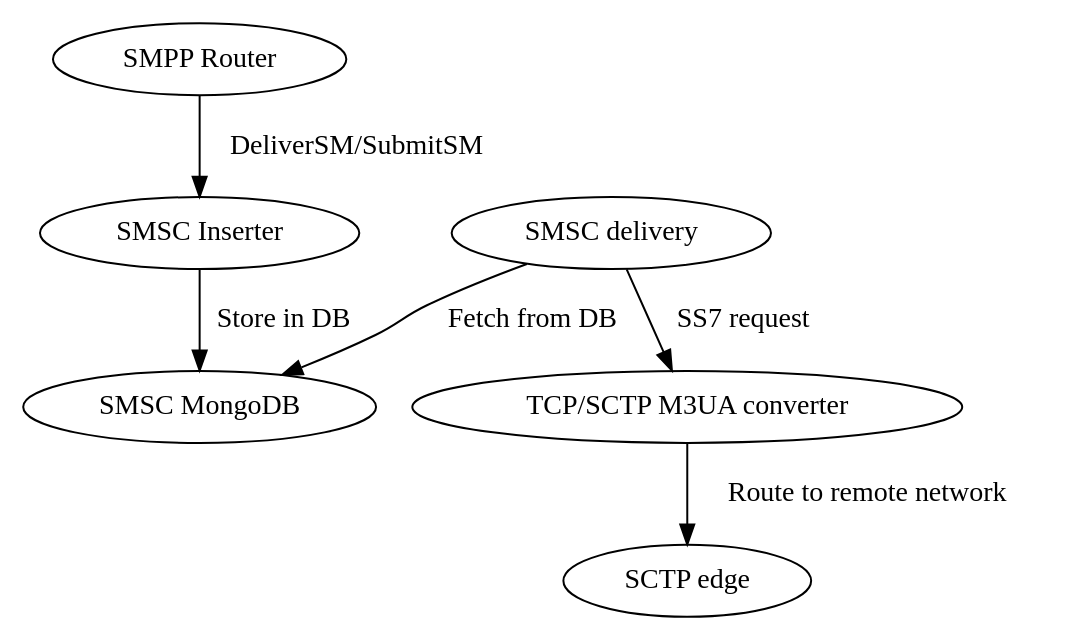
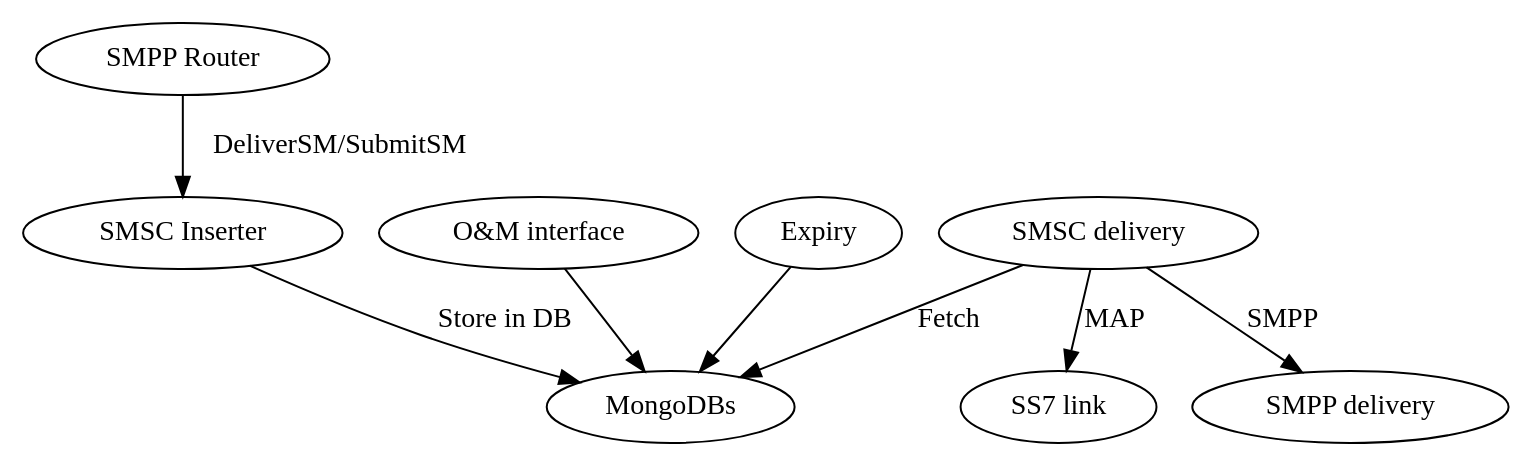
Before and after one commit to moiji-mobile/smsc: the diagram in docs/images/overview.dot, drawn with Graphviz. The commit also changed 9 other files, not shown here.

```diff
--- a/docs/images/overview.dot
+++ b/docs/images/overview.dot
@@ -1,14 +1,18 @@
 digraph G {
   smpprouter [label="SMPP Router"];
   smscinsert [label="SMSC Inserter"];
-  smsdb      [label="SMSC MongoDB"];
+  smsdb      [label="MongoDBs"];
   smscdeliv  [label="SMSC delivery"];
-  osmostp    [label="TCP/SCTP M3UA converter"];
-  network    [label="SCTP edge"];
+  ss7        [label="SS7 link"];
+  smppdel    [label="SMPP delivery"];
+  om         [label="O&M interface"];
+  gc         [label="Expiry"];
 
+  om         -> smsdb;
+  gc         -> smsdb;
   smpprouter -> smscinsert [label="DeliverSM/SubmitSM"];
   smscinsert -> smsdb      [label="Store in DB"];
-  smscdeliv  -> smsdb      [label="Fetch from DB"];
-  smscdeliv  -> osmostp    [label="SS7 request"];
-  osmostp    -> network    [label="Route to remote network"];
+  smscdeliv  -> smsdb      [label="Fetch"];
+  smscdeliv  -> ss7        [label="MAP"];
+  smscdeliv  -> smppdel    [label="SMPP"];
 }
```
